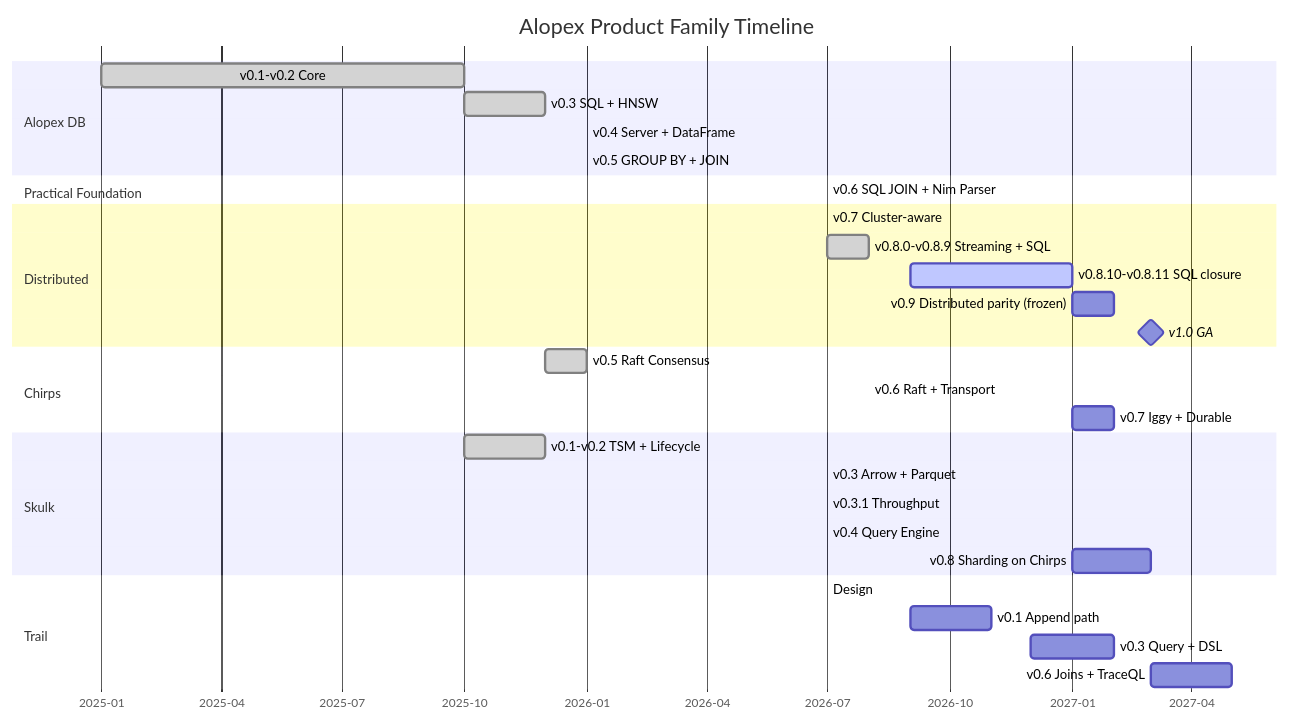
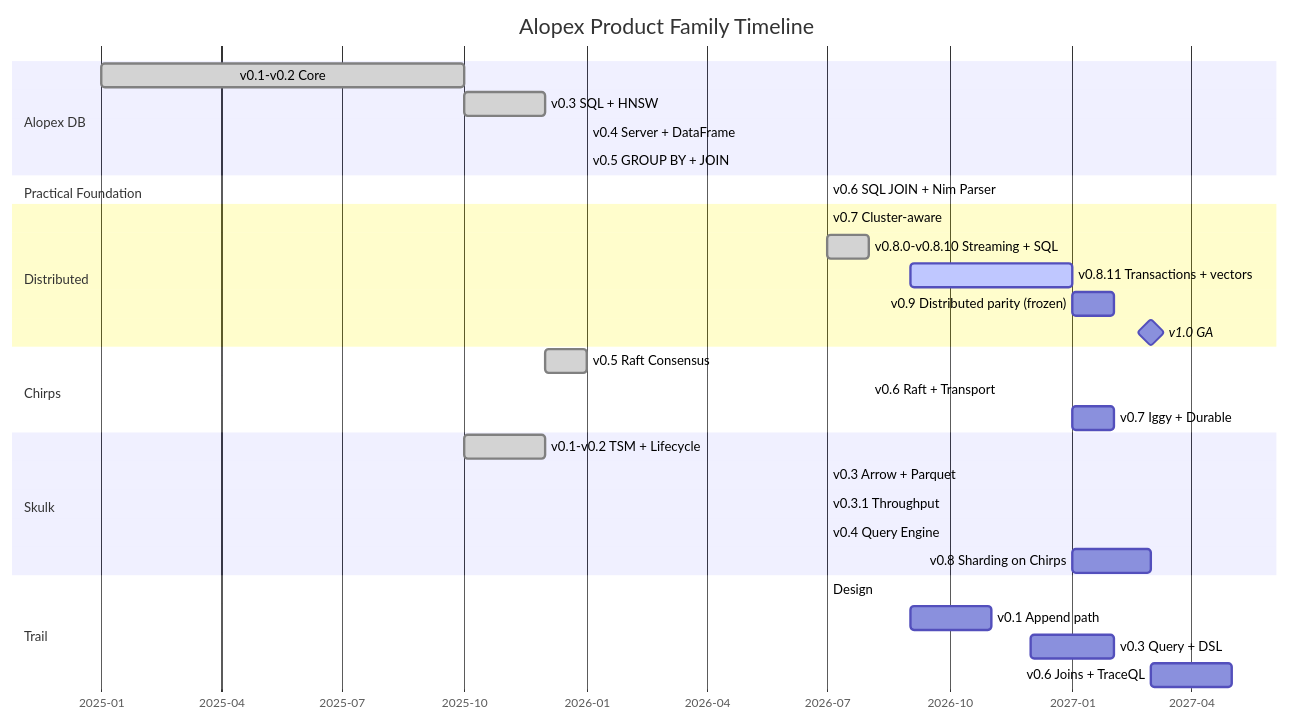
The diagram in docs/roadmap.md (alopex-db/alopex-db.github.io), drawn with Mermaid before and after one commit. The commit also changed other lines of this file and 3 other files, not shown here.

````diff
--- a/docs/roadmap.md
+++ b/docs/roadmap.md
@@ -63,40 +66,40 @@
 ```mermaid
 gantt
     title Alopex Product Family Timeline
     dateFormat  YYYY-MM
     axisFormat  %Y-%m
 
     section Alopex DB
     v0.1-v0.2 Core          :done, 2025-01, 2025-10
     v0.3 SQL + HNSW         :done, 2025-10, 2025-12
     v0.4 Server + DataFrame :done, 2026-01, 2026-01
     v0.5 GROUP BY + JOIN    :done, 2026-01, 2026-01
 
     section Practical Foundation
     v0.6 SQL JOIN + Nim Parser :done, 2026-07, 2026-07
 
     section Distributed
     v0.7 Cluster-aware      :done, 2026-07, 2026-07
-    v0.8.0-v0.8.9 Streaming + SQL :done, 2026-07, 2026-08
-    v0.8.10-v0.8.11 SQL closure :active, 2026-09, 2027-01
+    v0.8.0-v0.8.10 Streaming + SQL :done, 2026-07, 2026-08
+    v0.8.11 Transactions + vectors :active, 2026-09, 2027-01
     v0.9 Distributed parity (frozen) :2027-01, 2027-02
     v1.0 GA                 :milestone, 2027-03, 0d
 
     section Chirps
     v0.5 Raft Consensus     :done, 2025-12, 2026-01
     v0.6 Raft + Transport   :done, 2026-08, 2026-08
     v0.7 Iggy + Durable     :2027-01, 2027-02
 
     section Skulk
     v0.1-v0.2 TSM + Lifecycle :done, 2025-10, 2025-12
     v0.3 Arrow + Parquet    :done, 2026-07, 2026-07
     v0.3.1 Throughput       :done, 2026-07, 2026-07
     v0.4 Query Engine       :done, 2026-07, 2026-07
     v0.8 Sharding on Chirps :2027-01, 2027-03
 
     section Trail
     Design                  :done, 2026-07, 2026-07
     v0.1 Append path        :2026-09, 2026-11
     v0.3 Query + DSL        :2026-12, 2027-02
     v0.6 Joins + TraceQL    :2027-03, 2027-05
 ```
````
